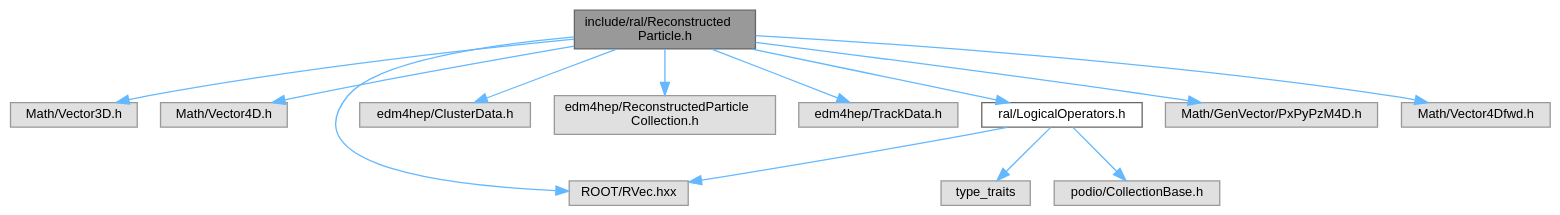
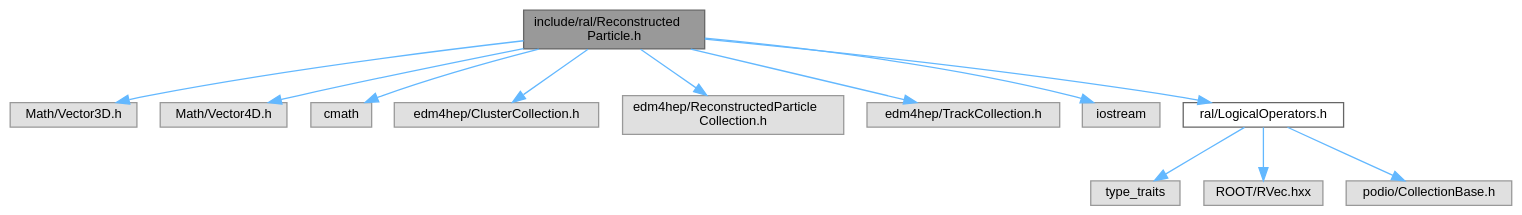
One commit to kjvbrt/ral changed the diagram in docs/ReconstructedParticle_8h__incl.dot. Above: the diagram before and after it, drawn with Graphviz. The commit also changed 131 other files, not shown here.

```diff
--- a/docs/ReconstructedParticle_8h__incl.dot
+++ b/docs/ReconstructedParticle_8h__incl.dot
@@ -1,31 +1,30 @@
 digraph "include/ral/ReconstructedParticle.h"
 {
  // LATEX_PDF_SIZE
   bgcolor="transparent";
   edge [fontname=Helvetica,fontsize=10,labelfontname=Helvetica,labelfontsize=10];
   node [fontname=Helvetica,fontsize=10,shape=box,height=0.2,width=0.4];
   Node1 [id="Node000001",label="include/ral/Reconstructed\lParticle.h",height=0.2,width=0.4,color="gray40", fillcolor="grey60", style="filled", fontcolor="black",tooltip=" "];
   Node1 -> Node2 [id="edge1_Node000001_Node000002",color="steelblue1",style="solid",tooltip=" "];
   Node2 [id="Node000002",label="Math/Vector3D.h",height=0.2,width=0.4,color="grey60", fillcolor="#E0E0E0", style="filled",tooltip=" "];
   Node1 -> Node3 [id="edge2_Node000001_Node000003",color="steelblue1",style="solid",tooltip=" "];
   Node3 [id="Node000003",label="Math/Vector4D.h",height=0.2,width=0.4,color="grey60", fillcolor="#E0E0E0", style="filled",tooltip=" "];
   Node1 -> Node4 [id="edge3_Node000001_Node000004",color="steelblue1",style="solid",tooltip=" "];
-  Node4 [id="Node000004",label="ROOT/RVec.hxx",height=0.2,width=0.4,color="grey60", fillcolor="#E0E0E0", style="filled",tooltip=" "];
+  Node4 [id="Node000004",label="cmath",height=0.2,width=0.4,color="grey60", fillcolor="#E0E0E0", style="filled",tooltip=" "];
   Node1 -> Node5 [id="edge4_Node000001_Node000005",color="steelblue1",style="solid",tooltip=" "];
-  Node5 [id="Node000005",label="edm4hep/ClusterData.h",height=0.2,width=0.4,color="grey60", fillcolor="#E0E0E0", style="filled",tooltip=" "];
+  Node5 [id="Node000005",label="edm4hep/ClusterCollection.h",height=0.2,width=0.4,color="grey60", fillcolor="#E0E0E0", style="filled",tooltip=" "];
   Node1 -> Node6 [id="edge5_Node000001_Node000006",color="steelblue1",style="solid",tooltip=" "];
   Node6 [id="Node000006",label="edm4hep/ReconstructedParticle\lCollection.h",height=0.2,width=0.4,color="grey60", fillcolor="#E0E0E0", style="filled",tooltip=" "];
   Node1 -> Node7 [id="edge6_Node000001_Node000007",color="steelblue1",style="solid",tooltip=" "];
-  Node7 [id="Node000007",label="edm4hep/TrackData.h",height=0.2,width=0.4,color="grey60", fillcolor="#E0E0E0", style="filled",tooltip=" "];
+  Node7 [id="Node000007",label="edm4hep/TrackCollection.h",height=0.2,width=0.4,color="grey60", fillcolor="#E0E0E0", style="filled",tooltip=" "];
   Node1 -> Node8 [id="edge7_Node000001_Node000008",color="steelblue1",style="solid",tooltip=" "];
-  Node8 [id="Node000008",label="ral/LogicalOperators.h",height=0.2,width=0.4,color="grey40", fillcolor="white", style="filled",URL="$LogicalOperators_8h.html",tooltip=" "];
-  Node8 -> Node9 [id="edge8_Node000008_Node000009",color="steelblue1",style="solid",tooltip=" "];
-  Node9 [id="Node000009",label="type_traits",height=0.2,width=0.4,color="grey60", fillcolor="#E0E0E0", style="filled",tooltip=" "];
-  Node8 -> Node4 [id="edge9_Node000008_Node000004",color="steelblue1",style="solid",tooltip=" "];
-  Node8 -> Node10 [id="edge10_Node000008_Node000010",color="steelblue1",style="solid",tooltip=" "];
-  Node10 [id="Node000010",label="podio/CollectionBase.h",height=0.2,width=0.4,color="grey60", fillcolor="#E0E0E0", style="filled",tooltip=" "];
-  Node1 -> Node11 [id="edge11_Node000001_Node000011",color="steelblue1",style="solid",tooltip=" "];
-  Node11 [id="Node000011",label="Math/GenVector/PxPyPzM4D.h",height=0.2,width=0.4,color="grey60", fillcolor="#E0E0E0", style="filled",tooltip=" "];
-  Node1 -> Node12 [id="edge12_Node000001_Node000012",color="steelblue1",style="solid",tooltip=" "];
-  Node12 [id="Node000012",label="Math/Vector4Dfwd.h",height=0.2,width=0.4,color="grey60", fillcolor="#E0E0E0", style="filled",tooltip=" "];
+  Node8 [id="Node000008",label="iostream",height=0.2,width=0.4,color="grey60", fillcolor="#E0E0E0", style="filled",tooltip=" "];
+  Node1 -> Node9 [id="edge8_Node000001_Node000009",color="steelblue1",style="solid",tooltip=" "];
+  Node9 [id="Node000009",label="ral/LogicalOperators.h",height=0.2,width=0.4,color="grey40", fillcolor="white", style="filled",URL="$LogicalOperators_8h.html",tooltip=" "];
+  Node9 -> Node10 [id="edge9_Node000009_Node000010",color="steelblue1",style="solid",tooltip=" "];
+  Node10 [id="Node000010",label="type_traits",height=0.2,width=0.4,color="grey60", fillcolor="#E0E0E0", style="filled",tooltip=" "];
+  Node9 -> Node11 [id="edge10_Node000009_Node000011",color="steelblue1",style="solid",tooltip=" "];
+  Node11 [id="Node000011",label="ROOT/RVec.hxx",height=0.2,width=0.4,color="grey60", fillcolor="#E0E0E0", style="filled",tooltip=" "];
+  Node9 -> Node12 [id="edge11_Node000009_Node000012",color="steelblue1",style="solid",tooltip=" "];
+  Node12 [id="Node000012",label="podio/CollectionBase.h",height=0.2,width=0.4,color="grey60", fillcolor="#E0E0E0", style="filled",tooltip=" "];
 }
```
